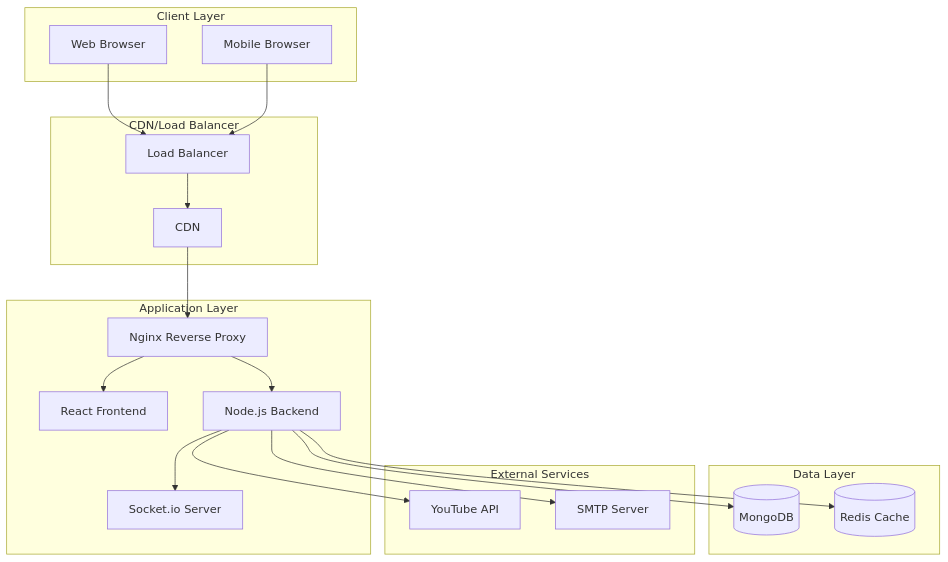
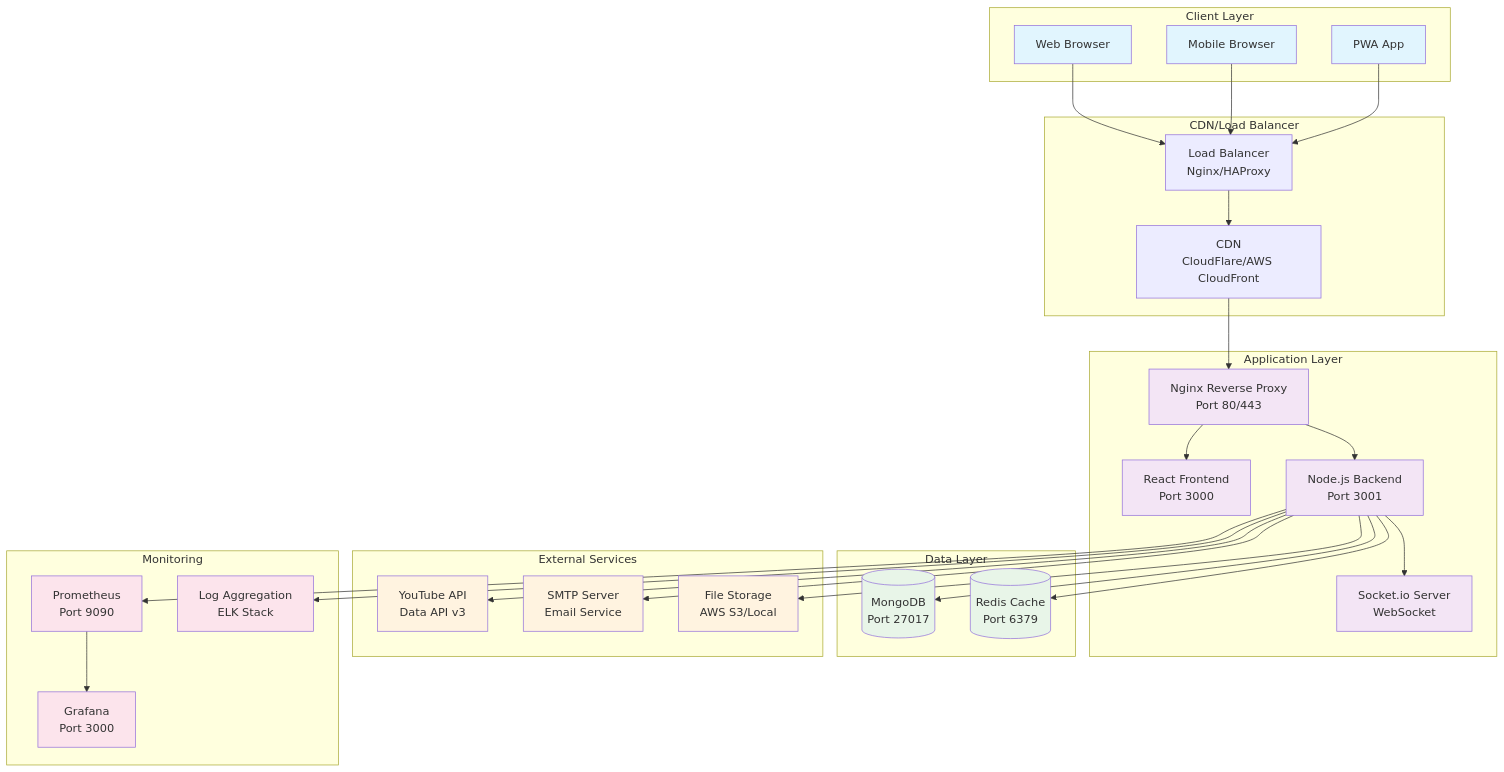
The first of 6 diagrams in docs/architecture.md (reima4038/yosakoi_soran_investigation), drawn with Mermaid before and after one commit. The commit also changed other lines of this file and 11 other files, not shown here.

````diff
--- a/docs/architecture.md
+++ b/docs/architecture.md
@@ -11,41 +11,66 @@
 ```mermaid
 graph TB
     subgraph "Client Layer"
         WEB[Web Browser]
         MOBILE[Mobile Browser]
+        PWA[PWA App]
     end
 
     subgraph "CDN/Load Balancer"
-        LB[Load Balancer]
-        CDN[CDN]
+        LB[Load Balancer<br/>Nginx/HAProxy]
+        CDN[CDN<br/>CloudFlare/AWS CloudFront]
     end
 
     subgraph "Application Layer"
-        NGINX[Nginx Reverse Proxy]
-        FRONTEND[React Frontend]
-        BACKEND[Node.js Backend]
-        SOCKET[Socket.io Server]
+        NGINX[Nginx Reverse Proxy<br/>Port 80/443]
+        FRONTEND[React Frontend<br/>Port 3000]
+        BACKEND[Node.js Backend<br/>Port 3001]
+        SOCKET[Socket.io Server<br/>WebSocket]
     end
 
     subgraph "Data Layer"
-        MONGODB[(MongoDB)]
-        REDIS[(Redis Cache)]
+        MONGODB[(MongoDB<br/>Port 27017)]
+        REDIS[(Redis Cache<br/>Port 6379)]
     end
 
     subgraph "External Services"
-        YOUTUBE[YouTube API]
-        SMTP[SMTP Server]
+        YOUTUBE[YouTube API<br/>Data API v3]
+        SMTP[SMTP Server<br/>Email Service]
+        STORAGE[File Storage<br/>AWS S3/Local]
+    end
+
+    subgraph "Monitoring"
+        GRAFANA[Grafana<br/>Port 3000]
+        PROMETHEUS[Prometheus<br/>Port 9090]
+        LOGS[Log Aggregation<br/>ELK Stack]
     end
 
     WEB --> LB
     MOBILE --> LB
+    PWA --> LB
     LB --> CDN
     CDN --> NGINX
     NGINX --> FRONTEND
     NGINX --> BACKEND
     BACKEND --> SOCKET
     BACKEND --> MONGODB
     BACKEND --> REDIS
     BACKEND --> YOUTUBE
     BACKEND --> SMTP
+    BACKEND --> STORAGE
+    BACKEND --> PROMETHEUS
+    PROMETHEUS --> GRAFANA
+    BACKEND --> LOGS
+
+    classDef client fill:#e1f5fe
+    classDef app fill:#f3e5f5
+    classDef data fill:#e8f5e8
+    classDef external fill:#fff3e0
+    classDef monitoring fill:#fce4ec
+
+    class WEB,MOBILE,PWA client
+    class NGINX,FRONTEND,BACKEND,SOCKET app
+    class MONGODB,REDIS data
+    class YOUTUBE,SMTP,STORAGE external
+    class GRAFANA,PROMETHEUS,LOGS monitoring
 ```
````
